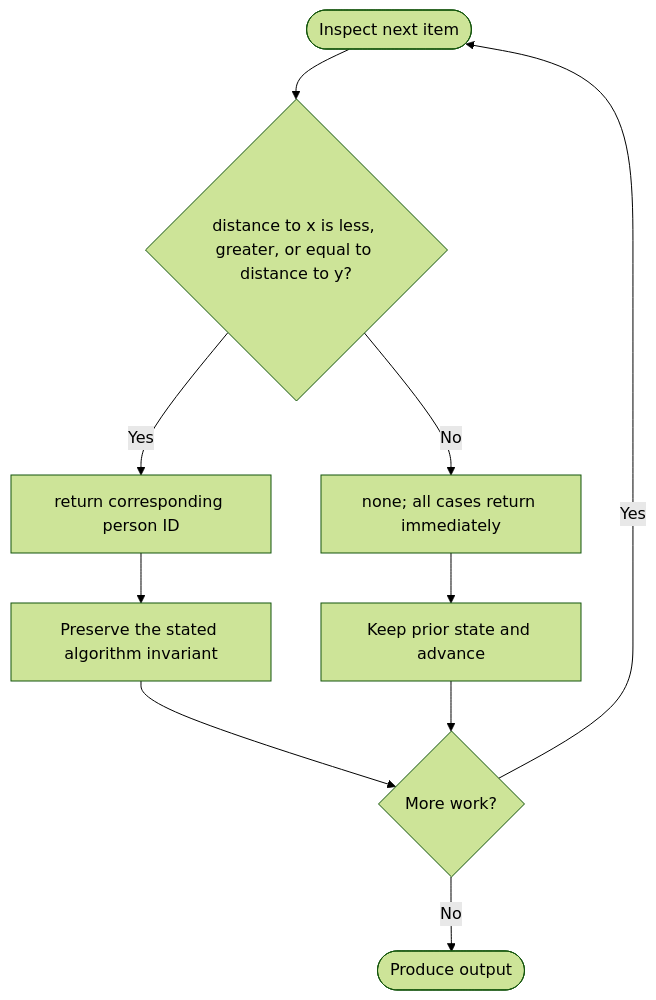
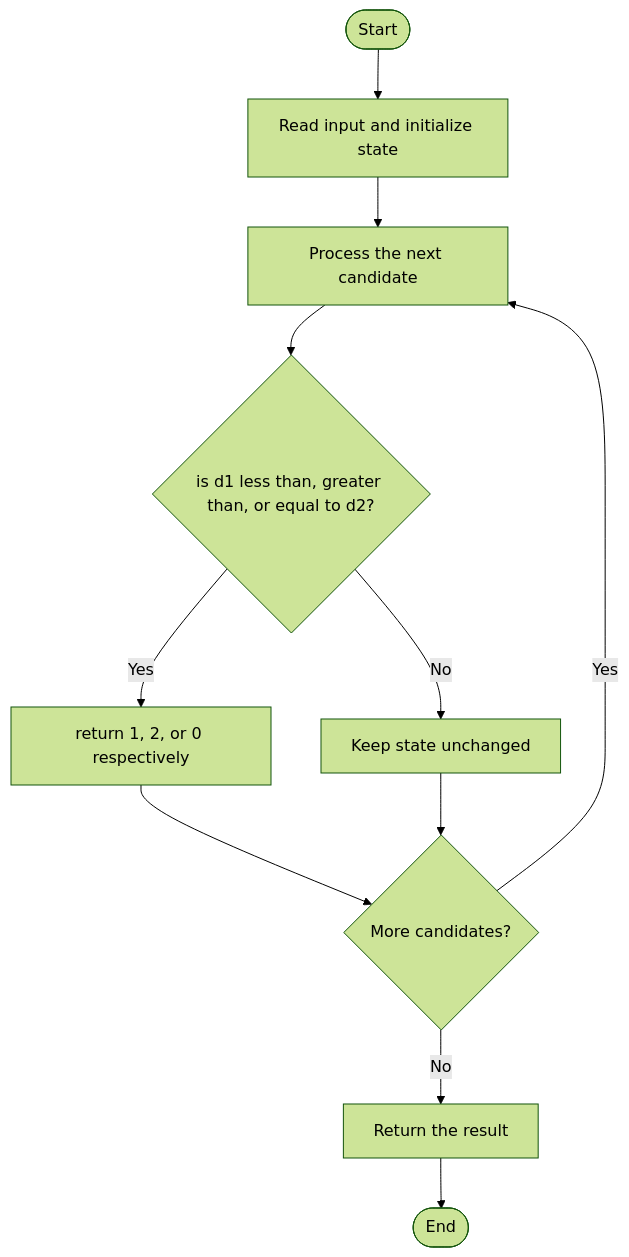
Before and after one commit to SAIDEEPBHANGE/C-CPP-Codes: the diagram in LeetCode/3516/README.md, drawn with Mermaid (forest theme). The commit also changed other lines of this file and 196 other files, not shown here.

````diff
--- a/LeetCode/3516/README.md
+++ b/LeetCode/3516/README.md
@@ -28,12 +27,13 @@
 ```mermaid
 flowchart TD
-    A([Inspect next item]) --> B{distance to x is less, greater, or equal to distance to y?}
-    B -- Yes --> C[return corresponding person ID]
-    B -- No --> D[none; all cases return immediately]
-    C --> E[Preserve the stated algorithm invariant]
-    D --> F[Keep prior state and advance]
-    E --> G{More work?}
+    A([Start]) --> B[Read input and initialize state]
+    B --> C[Process the next candidate]
+    C --> D{is d1 less than, greater than, or equal to d2?}
+    D -->|Yes| E[return 1, 2, or 0 respectively]
+    D -->|No| F[Keep state unchanged]
+    E --> G{More candidates?}
     F --> G
-    G -- Yes --> A
-    G -- No --> H([Produce output])
+    G -->|Yes| C
+    G -->|No| H[Return the result]
+    H --> I([End])
 ```
````
